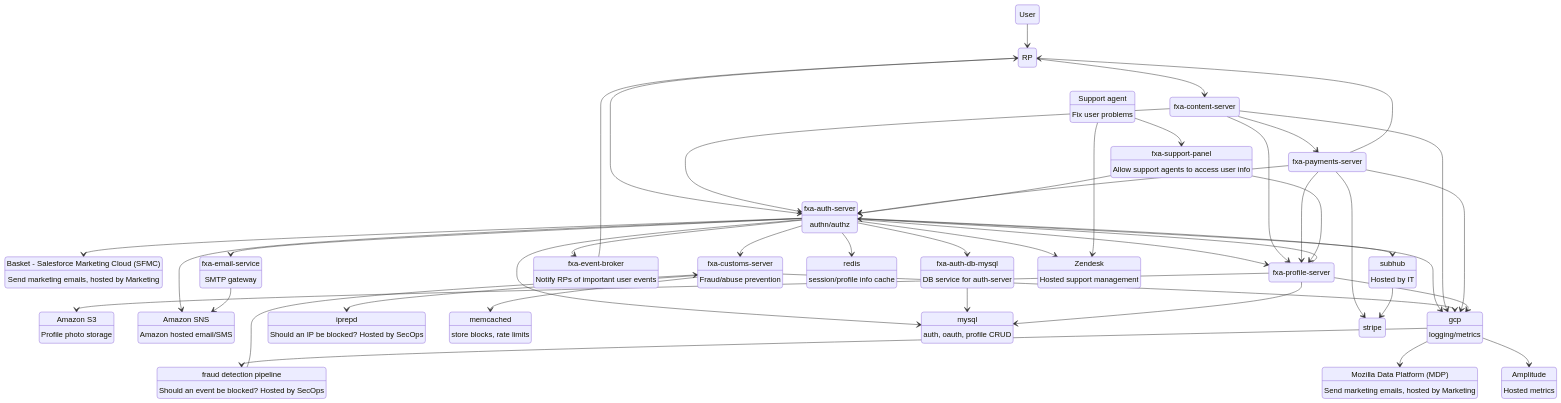
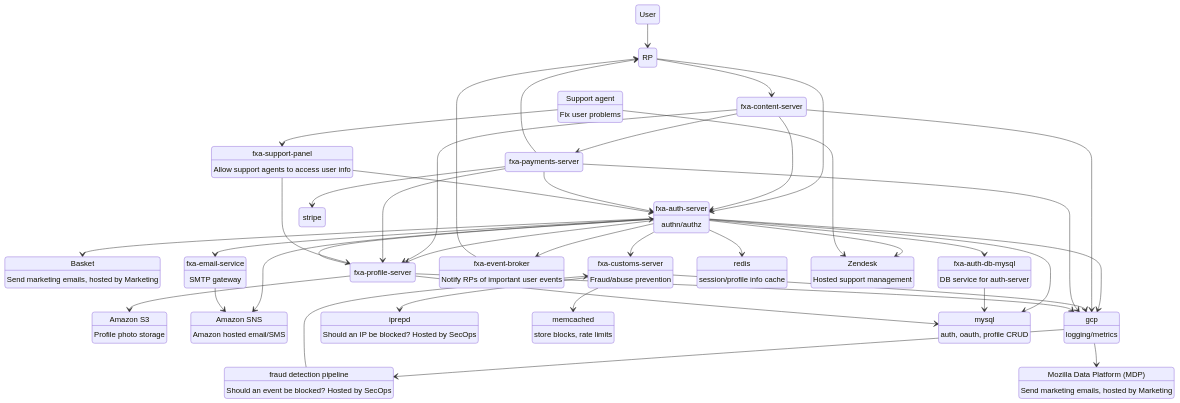
The first of 8 diagrams in docs/reference/system-diagrams.md (mozilla/ecosystem-platform), drawn with Mermaid before and after one commit. The commit also changed other lines of this file, not shown here.

Commit message:
remove subhub

````diff
--- a/docs/reference/system-diagrams.md
+++ b/docs/reference/system-diagrams.md
@@ -11,71 +9,66 @@
 ```mermaid
 stateDiagram
   state "RP" as RP
   state "Amazon S3" as s3: Profile photo storage
   state "Amazon SNS" as sns: Amazon hosted email/SMS
-  state "Amplitude" as amplitude: Hosted metrics
-  state "Basket - Salesforce Marketing Cloud (SFMC)" as basket: Send marketing emails, hosted by Marketing
+  state "Basket" as basket: Send marketing emails, hosted by Marketing
   state "fraud detection pipeline" as fdp: Should an event be blocked? Hosted by SecOps
   state "fxa-auth-server" as auth: authn/authz
   state "fxa-auth-db-mysql" as authdb: DB service for auth-server
   state "fxa-content-server" as content
   state "fxa-customs-server" as customs: Fraud/abuse prevention
   state "fxa-email-service" as email: SMTP gateway
   state "fxa-event-broker" as eb: Notify RPs of important user events
   state "fxa-payments-server" as payments
   state "fxa-profile-server" as profile
   state "fxa-support-panel" as support_panel: Allow support agents to access user info
   state "gcp" as gcp: logging/metrics
   state "iprepd" as iprepd: Should an IP be blocked? Hosted by SecOps
   state "memcached" as memcached: store blocks, rate limits
   state "Mozilla Data Platform (MDP)" as mdp: Send marketing emails, hosted by Marketing
   state "mysql" as mysql: auth, oauth, profile CRUD
   state "redis" as redis: session/profile info cache
-  state "subhub" as subhub: Hosted by IT
   state "Support agent" as support_agent: Fix user problems
   state "Zendesk" as zendesk: Hosted support management
 
   User-->RP
   RP-->auth
   RP-->content
   auth-->authdb
   auth-->basket
   auth-->customs
   auth-->eb
   auth-->email
   auth-->gcp
   auth-->mysql
   auth-->profile
   auth-->redis
   auth-->sns
-  auth-->subhub
   auth-->zendesk
   authdb-->mysql
   content-->auth
   content-->gcp
   content-->payments
   content-->profile
   customs-->gcp
   customs-->iprepd
   customs-->memcached
   eb-->RP
   email-->sns
   fdp-->customs
   gcp-->fdp
   gcp-->mdp
-  gcp-->amplitude
   payments-->auth
   payments-->profile
   payments-->stripe
   payments-->gcp
   payments-->RP
   profile-->auth
   profile-->gcp
   profile-->mysql
   profile-->s3
-  subhub-->stripe
   support_agent-->support_panel
   support_agent-->zendesk
   support_panel-->auth
   support_panel-->profile
 ```
````
